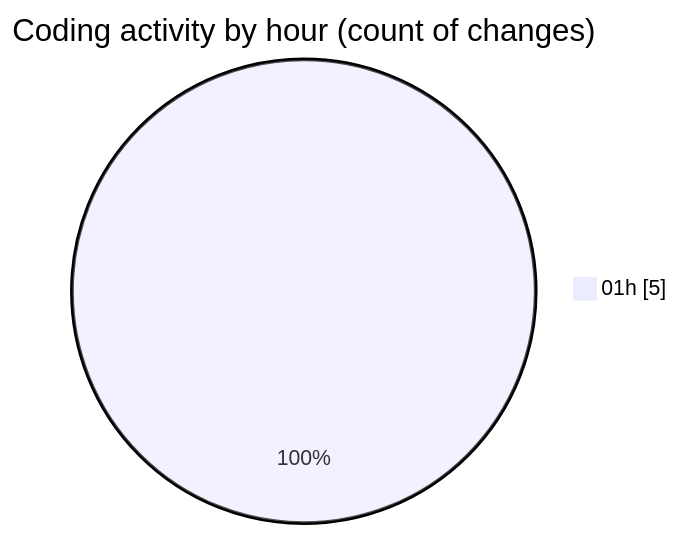
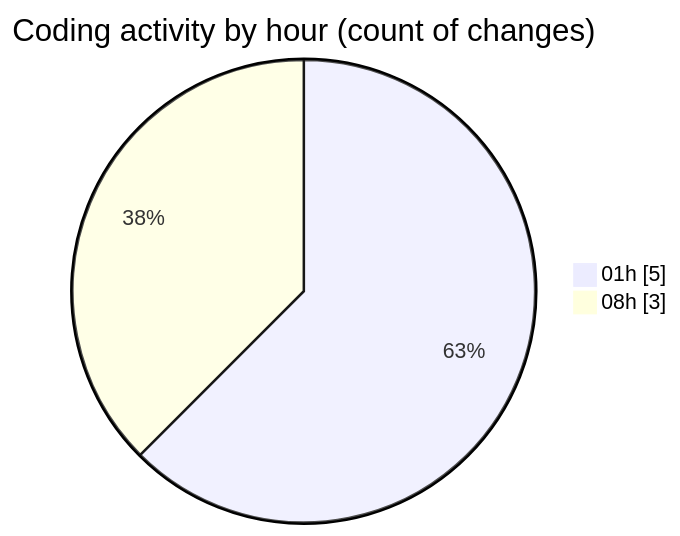
The second of 2 diagrams in 2026-02-04/singularitybrainai/README.md (tmsrecording-cyber/code-tracking), drawn with Mermaid before and after one commit. The commit also changed other lines of this file and 1 other file, not shown here.

````diff
--- a/2026-02-04/singularitybrainai/README.md
+++ b/2026-02-04/singularitybrainai/README.md
@@ -29,5 +30,6 @@
 ```mermaid
 pie showData
 title Coding activity by hour (count of changes)
 "01h" : 5
+"08h" : 3
 ```
````
